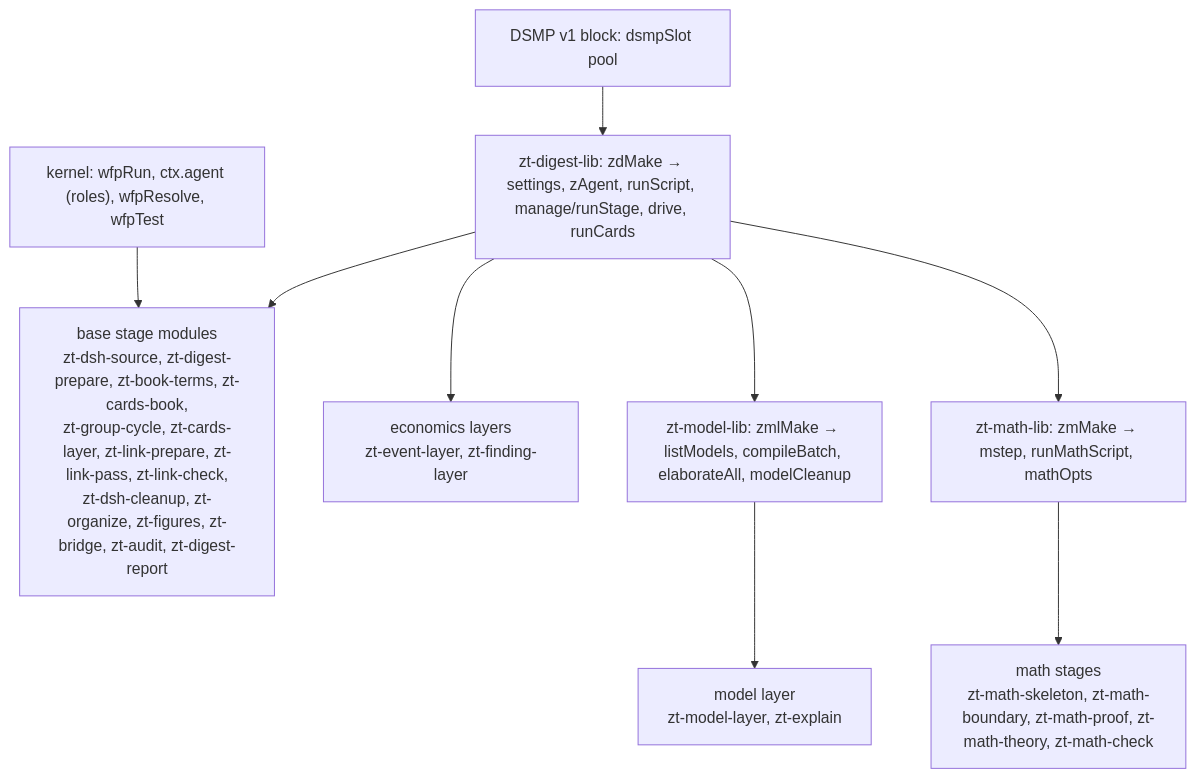
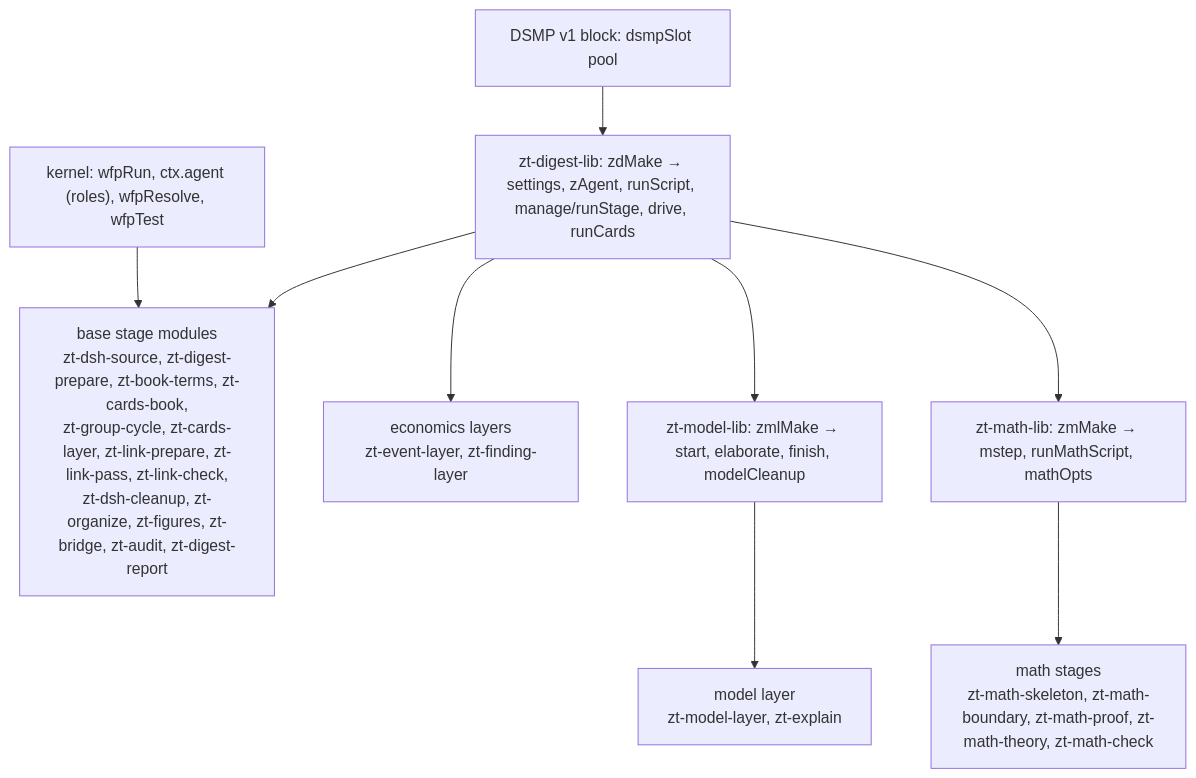
The second of 2 diagrams in docs/wiki/digest-workflows.md (liudesheng9/zet), drawn with Mermaid before and after one commit. The commit also changed other lines of this file and 33 other files, not shown here.

````diff
--- a/docs/wiki/digest-workflows.md
+++ b/docs/wiki/digest-workflows.md
@@ -120,18 +120,18 @@
 ```mermaid
 flowchart TB
   K["kernel: wfpRun, ctx.agent (roles), wfpResolve, wfpTest"]
   DSMP["DSMP v1 block: dsmpSlot pool"]
   ZD["zt-digest-lib: zdMake → settings, zAgent, runScript, manage/runStage, drive, runCards"]
-  ZML["zt-model-lib: zmlMake → listModels, compileBatch, elaborateAll, modelCleanup"]
+  ZML["zt-model-lib: zmlMake → start, elaborate, finish, modelCleanup"]
   ZM["zt-math-lib: zmMake → mstep, runMathScript, mathOpts"]
   S1["base stage modules<br/>zt-dsh-source, zt-digest-prepare, zt-book-terms, zt-cards-book,<br/>zt-group-cycle, zt-cards-layer, zt-link-prepare, zt-link-pass, zt-link-check,<br/>zt-dsh-cleanup, zt-organize, zt-figures, zt-bridge, zt-audit, zt-digest-report"]
   S2["model layer<br/>zt-model-layer, zt-explain"]
   S3["economics layers<br/>zt-event-layer, zt-finding-layer"]
   S4["math stages<br/>zt-math-skeleton, zt-math-boundary, zt-math-proof, zt-math-theory, zt-math-check"]
   K --> S1
   DSMP --> ZD
   ZD --> S1
   ZD --> S3
   ZD --> ZML --> S2
   ZD --> ZM --> S4
 ```
````
